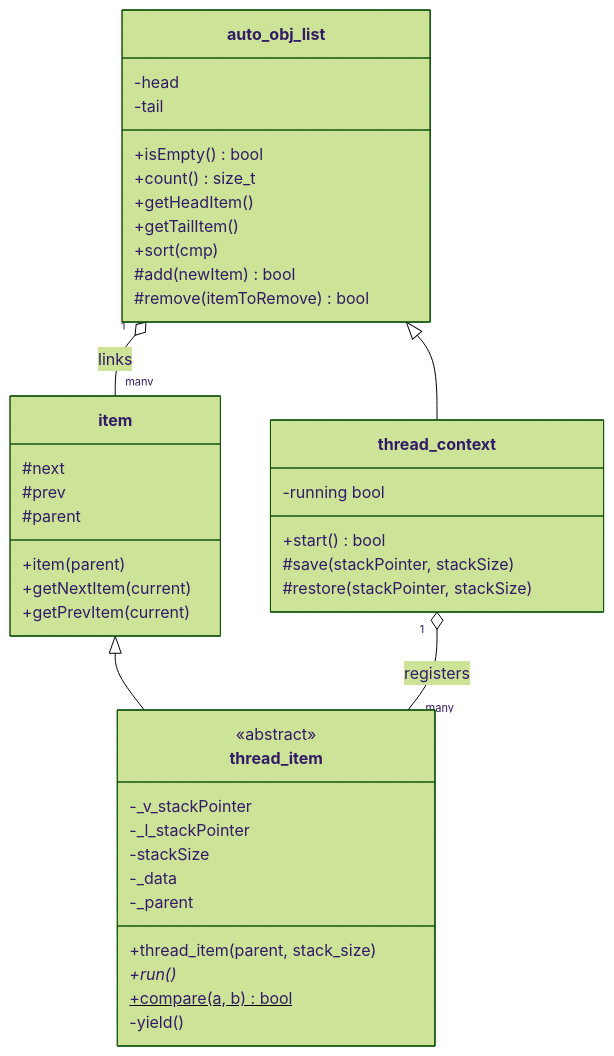
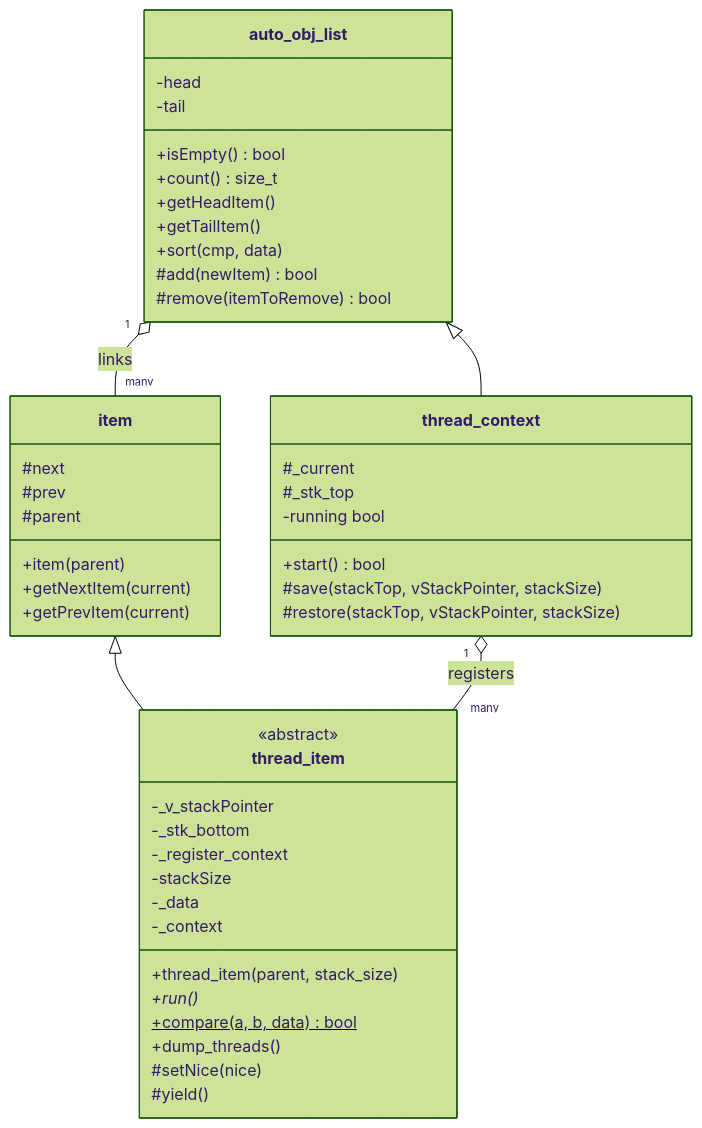
Before and after one commit to solariun/atomicx2: the fourth of 8 diagrams in spec.md, drawn with Mermaid (forest theme). The commit also changed other lines of this file and 3 other files, not shown here.

````diff
--- a/spec.md
+++ b/spec.md
@@ -268,44 +284,49 @@
 ```mermaid
 classDiagram
     class auto_obj_list {
         +isEmpty() bool
         +count() size_t
         +getHeadItem()
         +getTailItem()
-        +sort(cmp)
+        +sort(cmp, data)
         #add(newItem) bool
         #remove(itemToRemove) bool
         -head
         -tail
     }
     class item {
         +item(parent)
         +getNextItem(current)
         +getPrevItem(current)
         #next
         #prev
         #parent
     }
     class thread_item {
         <<abstract>>
         +thread_item(parent, stack_size)
         +run()*
-        +compare(a, b) bool$
-        -yield()
+        +compare(a, b, data) bool$
+        +dump_threads()
+        #setNice(nice)
+        #yield()
         -_v_stackPointer
-        -_l_stackPointer
+        -_stk_bottom
+        -_register_context
         -stackSize
         -_data
-        -_parent
+        -_context
     }
     class thread_context {
         +start() bool
-        #save(stackPointer, stackSize)
-        #restore(stackPointer, stackSize)
+        #save(stackTop, vStackPointer, stackSize)
+        #restore(stackTop, vStackPointer, stackSize)
+        #_current
+        #_stk_top
         -running bool
     }
     auto_obj_list "1" o-- "many" item : links
     item <|-- thread_item
     auto_obj_list <|-- thread_context
     thread_context "1" o-- "many" thread_item : registers
 ```
````
